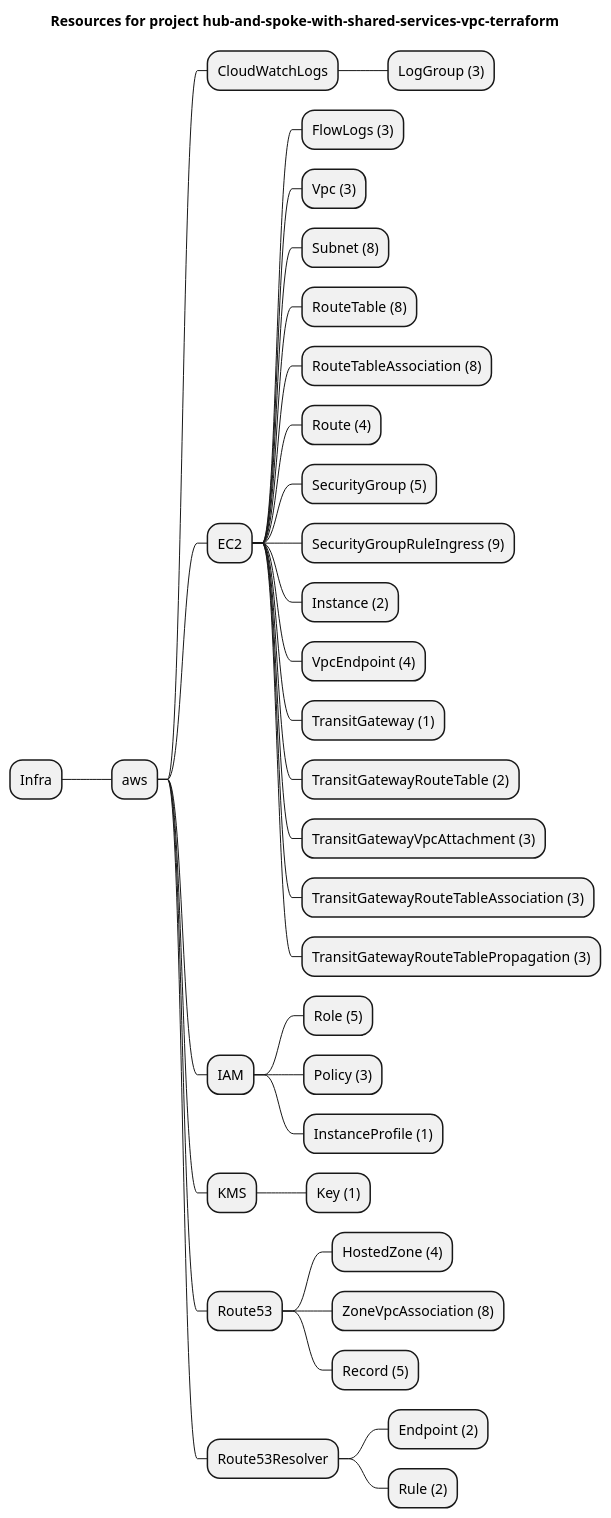
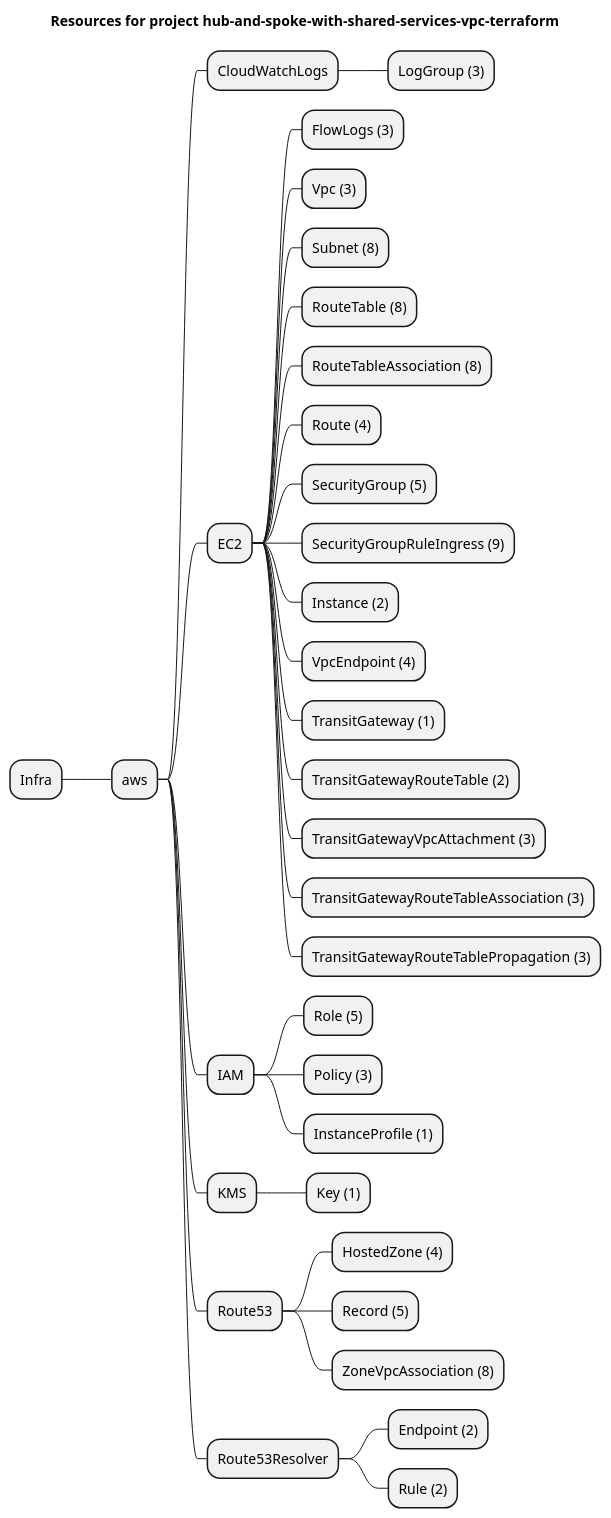
One commit to grucloud/grucloud changed the diagram in examples/aws/aws-samples/hub-and-spoke-with-shared-services-vpc-terraform/artifacts/resources-mindmap.puml. Above: the diagram before and after it, drawn with PlantUML. The commit also changed other lines of this file and 766 other files, not shown here.

Commit message:
update diagram

```diff
--- a/examples/aws/aws-samples/hub-and-spoke-with-shared-services-vpc-terraform/artifacts/resources-mindmap.puml
+++ b/examples/aws/aws-samples/hub-and-spoke-with-shared-services-vpc-terraform/artifacts/resources-mindmap.puml
@@ -1,37 +1,37 @@
 @startmindmap
 title Resources for project hub-and-spoke-with-shared-services-vpc-terraform
 skinparam monochrome true
 + Infra
 ++ aws
 +++ CloudWatchLogs
 ++++ LogGroup (3)
 +++ EC2
 ++++ FlowLogs (3)
 ++++ Vpc (3)
 ++++ Subnet (8)
 ++++ RouteTable (8)
 ++++ RouteTableAssociation (8)
 ++++ Route (4)
 ++++ SecurityGroup (5)
 ++++ SecurityGroupRuleIngress (9)
 ++++ Instance (2)
 ++++ VpcEndpoint (4)
 ++++ TransitGateway (1)
 ++++ TransitGatewayRouteTable (2)
 ++++ TransitGatewayVpcAttachment (3)
 ++++ TransitGatewayRouteTableAssociation (3)
 ++++ TransitGatewayRouteTablePropagation (3)
 +++ IAM
 ++++ Role (5)
 ++++ Policy (3)
 ++++ InstanceProfile (1)
 +++ KMS
 ++++ Key (1)
 +++ Route53
 ++++ HostedZone (4)
+++++ Record (5)
 ++++ ZoneVpcAssociation (8)
-++++ Record (5)
 +++ Route53Resolver
 ++++ Endpoint (2)
 ++++ Rule (2)
 @endmindmap
```
